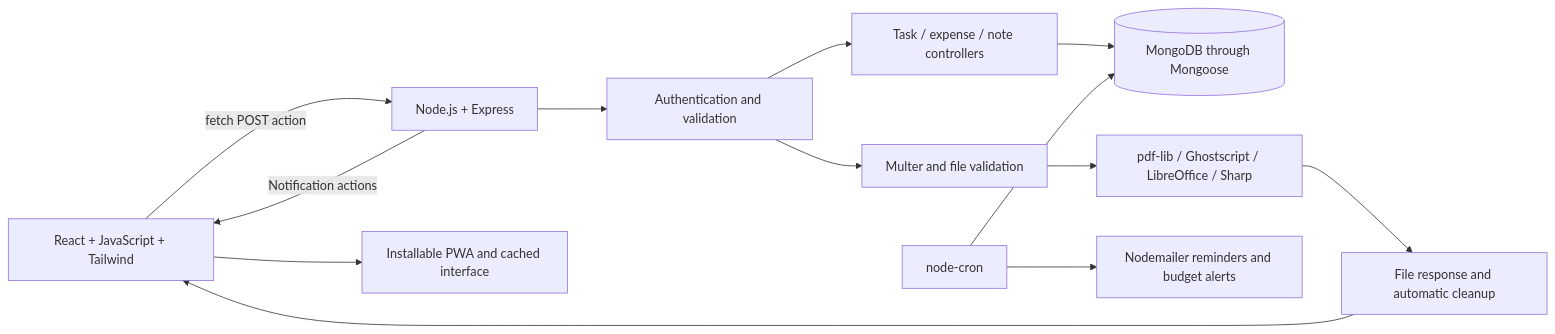
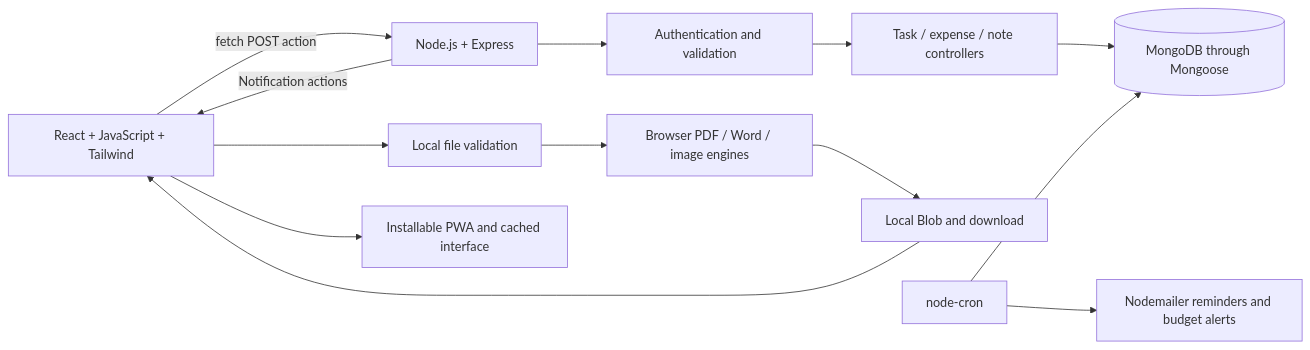
The diagram in COLLEGE_REPORT.md (Nishant-095/miniproject), drawn with Mermaid before and after one commit. The commit also changed other lines of this file and 44 other files, not shown here.

````diff
--- a/COLLEGE_REPORT.md
+++ b/COLLEGE_REPORT.md
@@ -11,15 +11,15 @@
 ```mermaid
 flowchart LR
   A[React + JavaScript + Tailwind] -->|fetch POST action| B[Node.js + Express]
   B --> C[Authentication and validation]
   C --> D[Task / expense / note controllers]
   D --> E[(MongoDB through Mongoose)]
-  C --> F[Multer and file validation]
-  F --> G[pdf-lib / Ghostscript / LibreOffice / Sharp]
-  G --> H[File response and automatic cleanup]
+  A --> F[Local file validation]
+  F --> G[Browser PDF / Word / image engines]
+  G --> H[Local Blob and download]
   H --> A
   I[node-cron] --> E
   I --> J[Nodemailer reminders and budget alerts]
   B -->|Notification actions| A
   A --> K[Installable PWA and cached interface]
 ```
````
